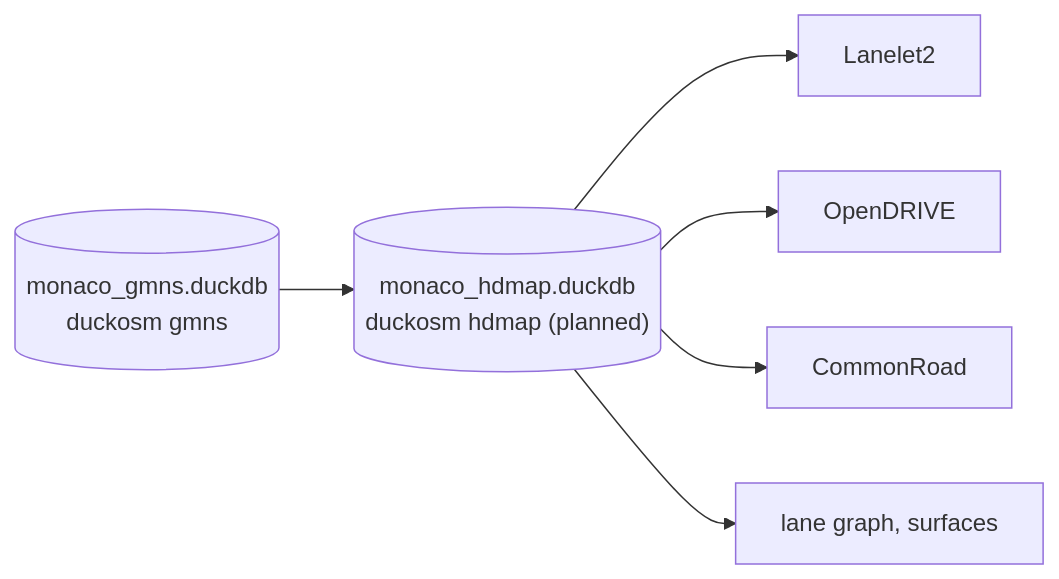
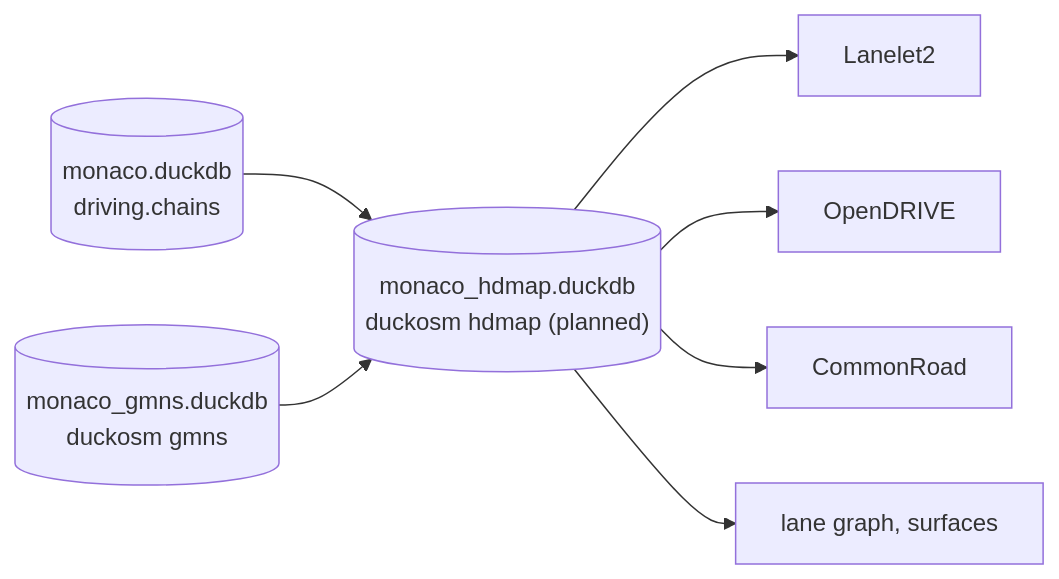
The diagram in docs/exports/lanes/index.md (Khoshkhah/duckOSM), drawn with Mermaid before and after one commit. The commit also changed other lines of this file and 4 other files, not shown here.

First line of the commit message:
Design: HD map on driving chains, with the review fixes

````diff
--- a/docs/exports/lanes/index.md
+++ b/docs/exports/lanes/index.md
@@ -20,8 +21,9 @@
 ```mermaid
 flowchart LR
-  gmns[("monaco_gmns.duckdb<br/>duckosm gmns")] --> hd[("monaco_hdmap.duckdb<br/>duckosm hdmap (planned)")]
+  db[("monaco.duckdb<br/>driving.chains")] --> hd[("monaco_hdmap.duckdb<br/>duckosm hdmap (planned)")]
+  gmns[("monaco_gmns.duckdb<br/>duckosm gmns")] --> hd
   hd --> ll2["Lanelet2"]
   hd --> xodr["OpenDRIVE"]
   hd --> cr["CommonRoad"]
   hd --> lg["lane graph, surfaces"]
 ```
````
